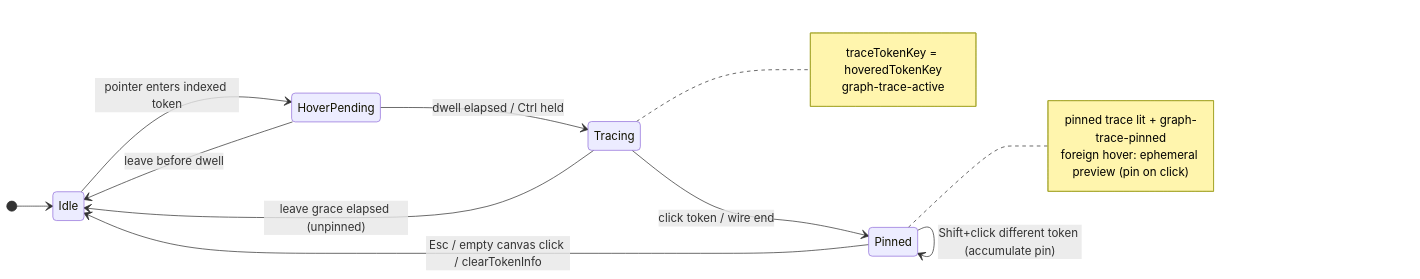
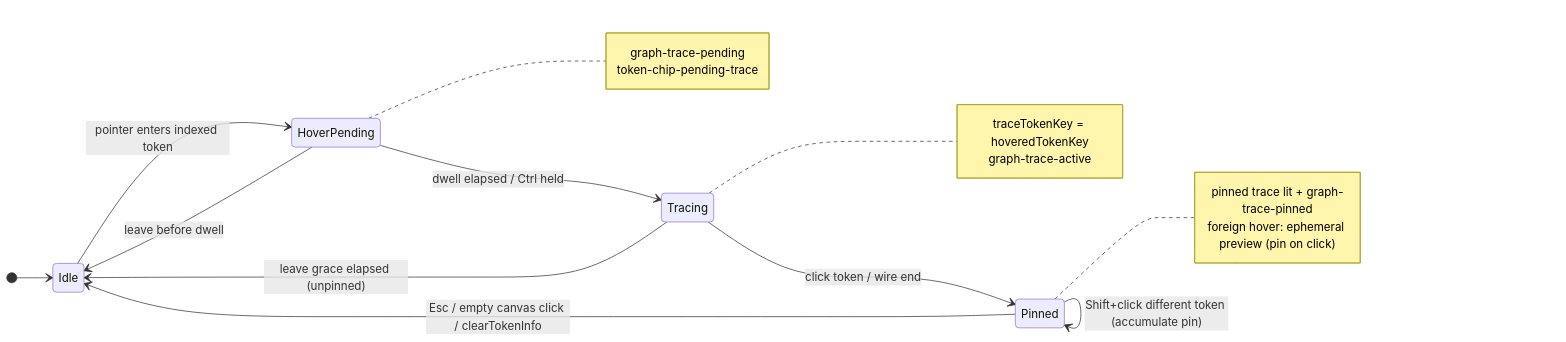
The first of 14 diagrams in docs/specs/system/preview-edges.interactions.supplement.md (matkleve/codegrapher), drawn with Mermaid before and after one commit. The commit also changed other lines of this file and 48 other files, not shown here.

First line of the commit message:
Refactor trace handling and enhance hover interactions

````diff
--- a/docs/specs/system/preview-edges.interactions.supplement.md
+++ b/docs/specs/system/preview-edges.interactions.supplement.md
@@ -9,26 +9,31 @@
 ```mermaid
 stateDiagram-v2
   direction LR
   [*] --> Idle
 
   Idle --> HoverPending: pointer enters indexed token
   HoverPending --> Idle: leave before dwell
   HoverPending --> Tracing: dwell elapsed / Ctrl held
 
   Tracing --> Idle: leave grace elapsed (unpinned)
   Tracing --> Pinned: click token / wire end
 
   Pinned --> Idle: Esc / empty canvas click / clearTokenInfo
   Pinned --> Pinned: click different token (replace pin set)
   Pinned --> Pinned: Shift+click different token (accumulate pin)
 
+  note right of HoverPending
+    graph-trace-pending
+    token-chip-pending-trace
+  end note
+
   note right of Tracing
     traceTokenKey = hoveredTokenKey
     graph-trace-active
   end note
 
   note right of Pinned
     pinned trace lit + graph-trace-pinned
     foreign hover: ephemeral preview (pin on click)
   end note
 ```
````
